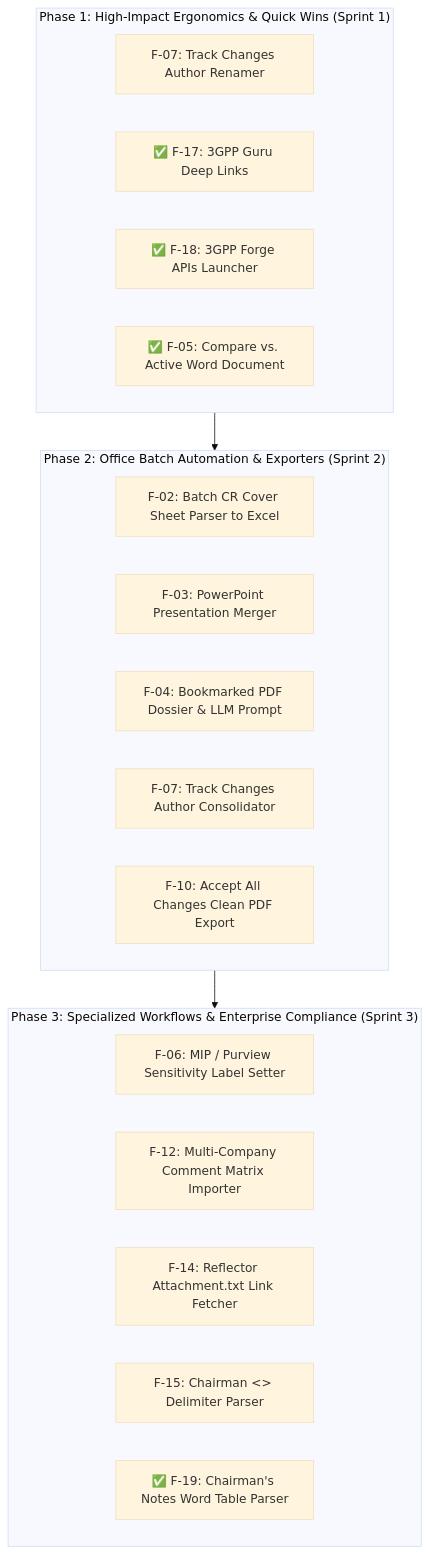
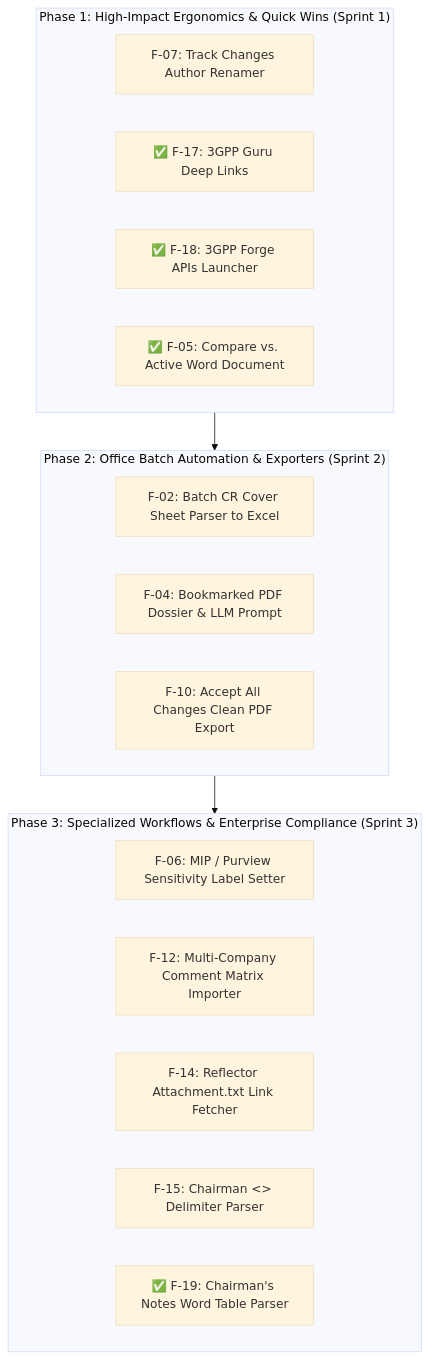
The diagram in 3GPP Tools/docs/legacy_features/README.md (telekom/3gpp-meeting-tools), drawn with Mermaid (base theme) before and after one commit. The commit also changed other lines of this file and 4 other files, not shown here.

First line of the commit message:
docs: deprecate legacy feature F-03 PowerPoint presentation merger

````diff
--- a/3GPP Tools/docs/legacy_features/README.md
+++ b/3GPP Tools/docs/legacy_features/README.md
@@ -48,27 +48,25 @@
 ```mermaid
 flowchart TD
     subgraph Phase1["Phase 1: High-Impact Ergonomics & Quick Wins (Sprint 1)"]
         P1_1["F-07: Track Changes Author Renamer"]
         P1_2["✅ F-17: 3GPP Guru Deep Links"]
         P1_3["✅ F-18: 3GPP Forge APIs Launcher"]
         P1_4["✅ F-05: Compare vs. Active Word Document"]
     end
 
     subgraph Phase2["Phase 2: Office Batch Automation & Exporters (Sprint 2)"]
         P2_1["F-02: Batch CR Cover Sheet Parser to Excel"]
-        P2_2["F-03: PowerPoint Presentation Merger"]
-        P2_3["F-04: Bookmarked PDF Dossier & LLM Prompt"]
-        P2_4["F-07: Track Changes Author Consolidator"]
-        P2_5["F-10: Accept All Changes Clean PDF Export"]
+        P2_2["F-04: Bookmarked PDF Dossier & LLM Prompt"]
+        P2_3["F-10: Accept All Changes Clean PDF Export"]
     end
 
     subgraph Phase3["Phase 3: Specialized Workflows & Enterprise Compliance (Sprint 3)"]
         P3_1["F-06: MIP / Purview Sensitivity Label Setter"]
         P3_2["F-12: Multi-Company Comment Matrix Importer"]
         P3_3["F-14: Reflector Attachment.txt Link Fetcher"]
         P3_4["F-15: Chairman <<START>> Delimiter Parser"]
         P3_5["✅ F-19: Chairman's Notes Word Table Parser"]
     end
 
     Phase1 --> Phase2 --> Phase3
 ```
````
